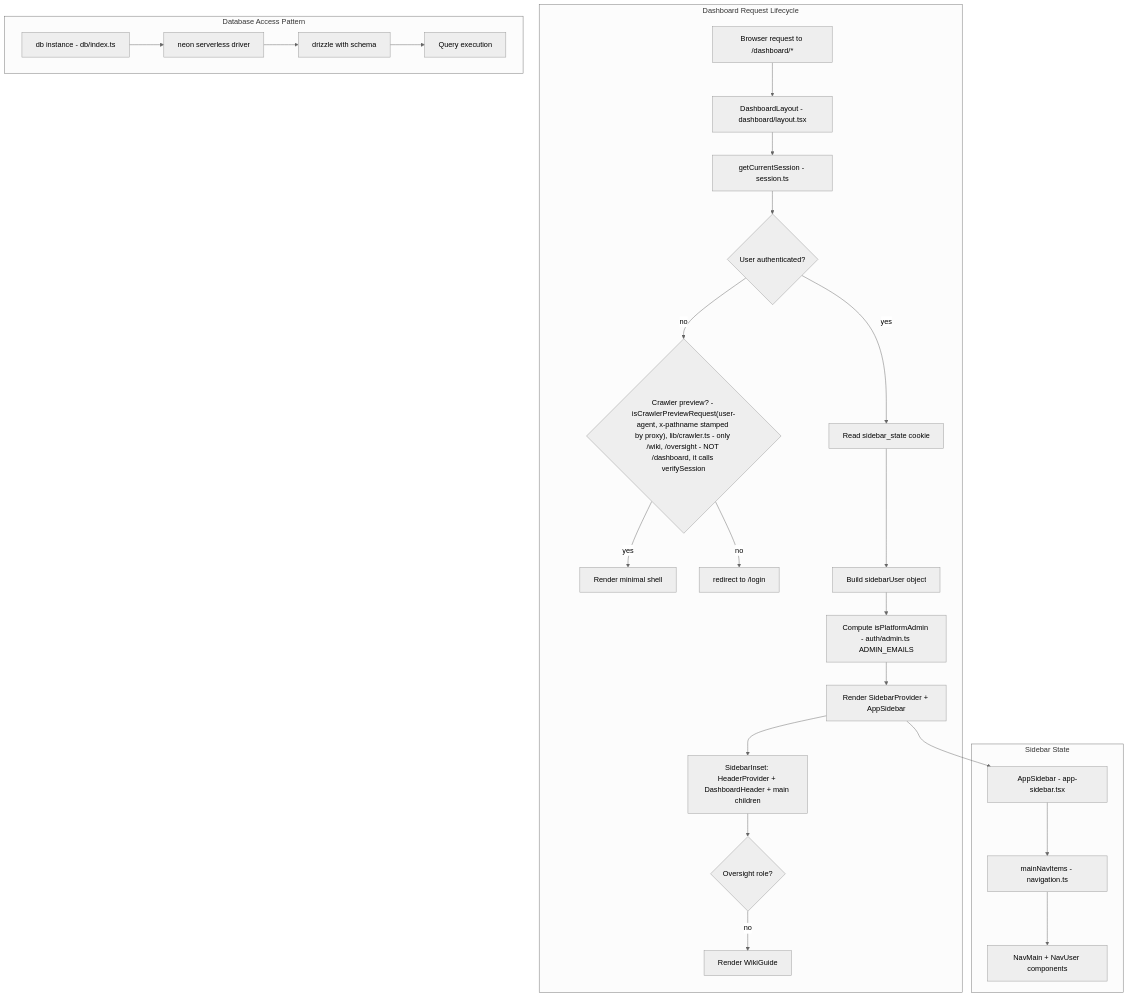
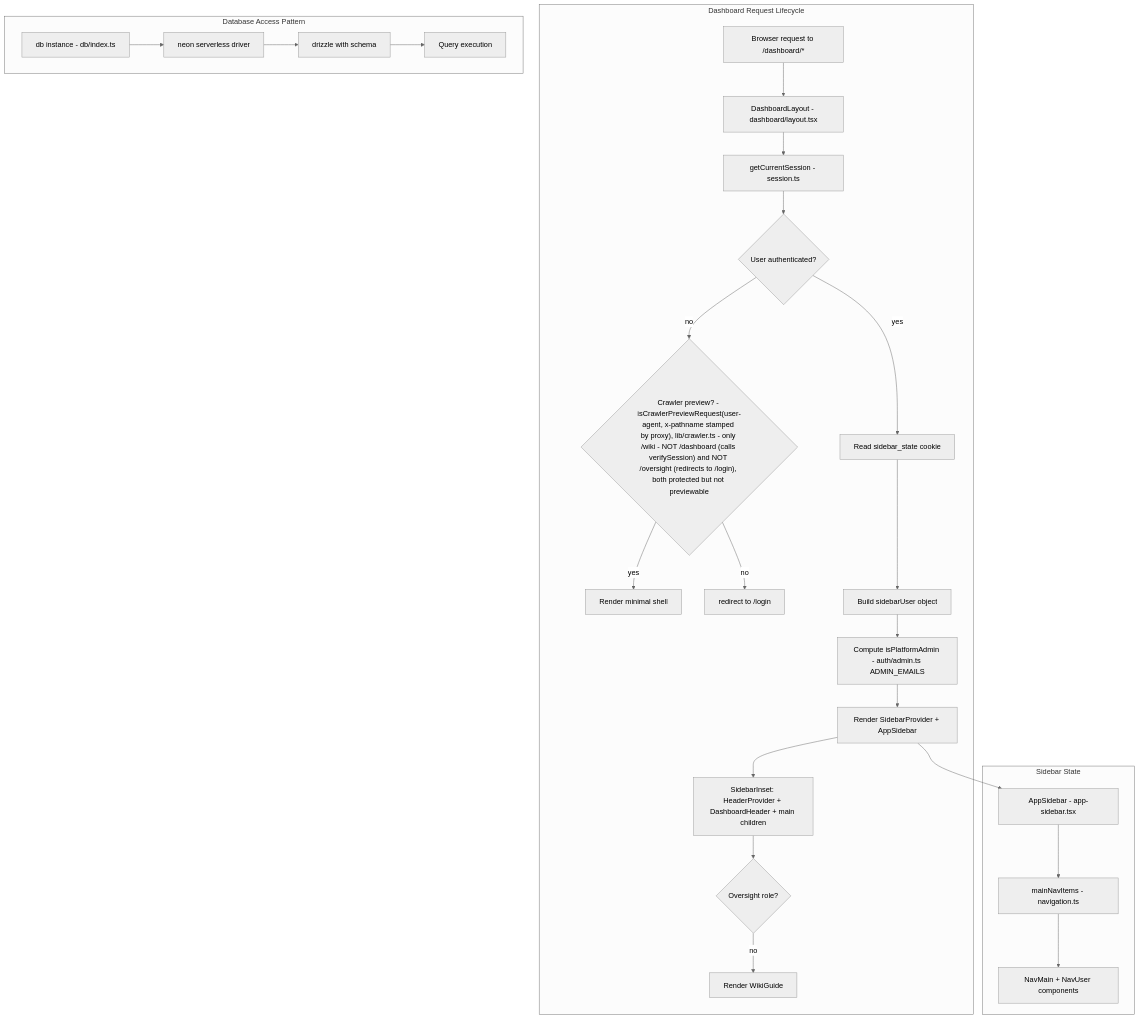
Before and after one commit to SebastianGarces/everyfield_v2: the diagram in memory/flows/request-lifecycle.mmd, drawn with Mermaid. The commit also changed 6 other files, not shown here.

First line of the commit message:
chore(crawler): drop /oversight from the previewable list per the 2026-08-09 ruling

```diff
--- a/memory/flows/request-lifecycle.mmd
+++ b/memory/flows/request-lifecycle.mmd
@@ -1,44 +1,44 @@
 %%{init: {'theme': 'neutral'}}%%
 flowchart TD
     subgraph request [Dashboard Request Lifecycle]
         REQ1[Browser request to /dashboard/*]
         REQ2["DashboardLayout - dashboard/layout.tsx"]
         REQ3["getCurrentSession - session.ts"]
         REQ4{User authenticated?}
-        REQ5{"Crawler preview? - isCrawlerPreviewRequest(user-agent, x-pathname stamped by proxy), lib/crawler.ts - only /wiki, /oversight - NOT /dashboard, it calls verifySession"}
+        REQ5{"Crawler preview? - isCrawlerPreviewRequest(user-agent, x-pathname stamped by proxy), lib/crawler.ts - only /wiki - NOT /dashboard (calls verifySession) and NOT /oversight (redirects to /login), both protected but not previewable"}
         REQ6[Render minimal shell]
         REQ7[redirect to /login]
         REQ8[Read sidebar_state cookie]
         REQ9[Build sidebarUser object]
         REQ9b["Compute isPlatformAdmin - auth/admin.ts ADMIN_EMAILS"]
         REQ10[Render SidebarProvider + AppSidebar]
         REQ11[SidebarInset: HeaderProvider + DashboardHeader + main children]
         REQ12{Oversight role?}
         REQ13[Render WikiGuide]
 
         REQ1 --> REQ2 --> REQ3 --> REQ4
         REQ4 -->|no| REQ5
         REQ5 -->|yes| REQ6
         REQ5 -->|no| REQ7
         REQ4 -->|yes| REQ8 --> REQ9 --> REQ9b --> REQ10 --> REQ11 --> REQ12
         REQ12 -->|no| REQ13
     end
 
     subgraph db [Database Access Pattern]
         DB1["db instance - db/index.ts"]
         DB2["neon serverless driver"]
         DB3["drizzle with schema"]
         DB4[Query execution]
         
         DB1 --> DB2 --> DB3 --> DB4
     end
 
     subgraph sidebar [Sidebar State]
         SB1["AppSidebar - app-sidebar.tsx"]
         SB2["mainNavItems - navigation.ts"]
         SB3["NavMain + NavUser components"]
         
         SB1 --> SB2 --> SB3
     end
 
     REQ10 --> SB1
```
